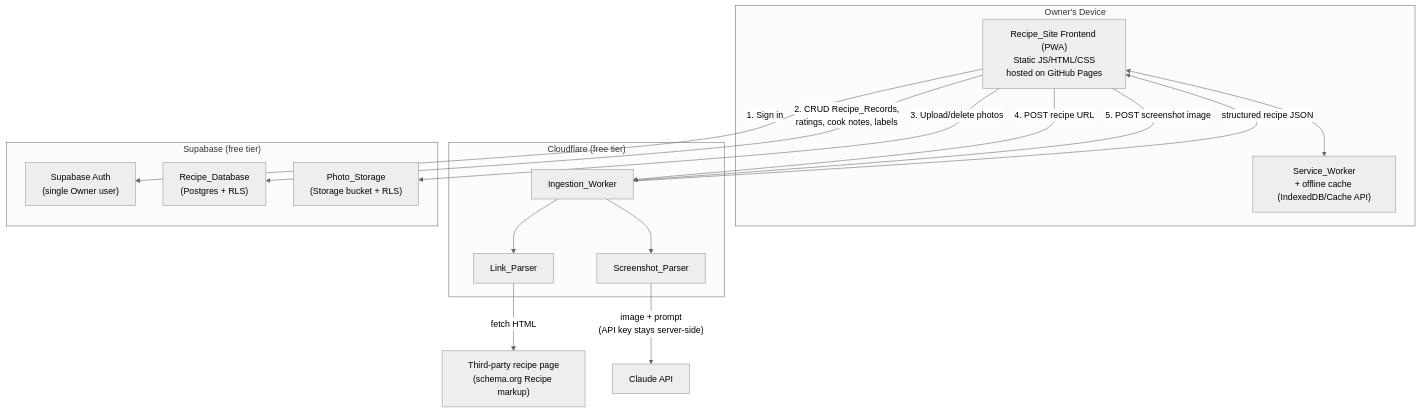
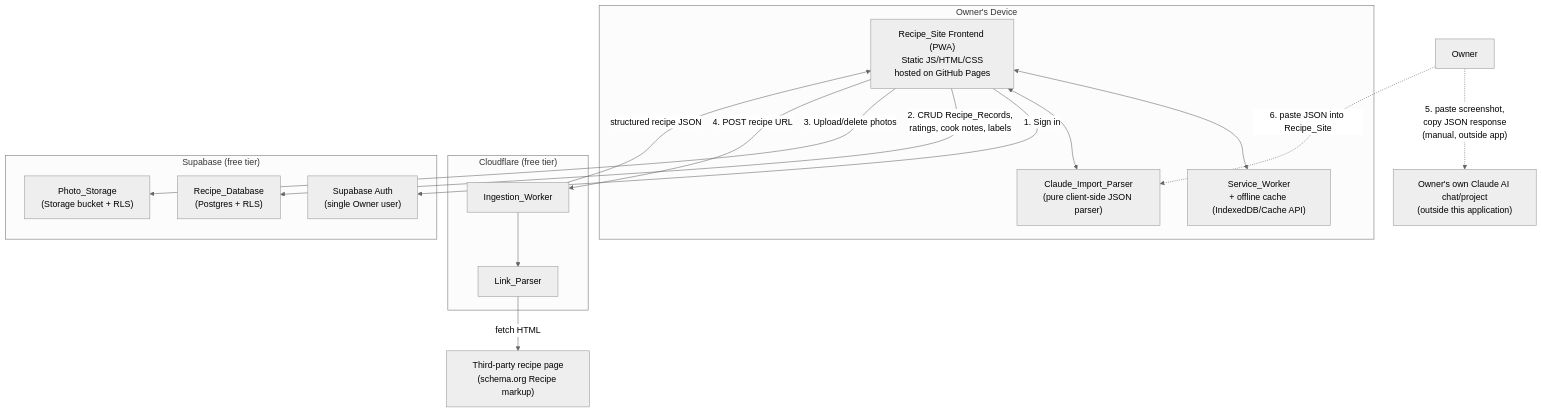
Before and after one commit to FlowOperator/recipes: the first of 2 diagrams in .kiro/specs/personal-recipe-website/design.md, drawn with Mermaid (neutral theme). The commit also changed other lines of this file and 3 other files, not shown here.

Commit message:
Replace paid Claude API screenshot ingestion with free client-side Claude AI paste-import

````diff
--- a/.kiro/specs/personal-recipe-website/design.md
+++ b/.kiro/specs/personal-recipe-website/design.md
@@ -29,34 +31,34 @@
 ```mermaid
 graph TB
     subgraph "Owner's Device"
         Browser["Recipe_Site Frontend (PWA)<br/>Static JS/HTML/CSS<br/>hosted on GitHub Pages"]
         SW["Service_Worker<br/>+ offline cache (IndexedDB/Cache API)"]
+        ClaudeImport["Claude_Import_Parser<br/>(pure client-side JSON parser)"]
         Browser <--> SW
+        Browser <--> ClaudeImport
     end
 
     subgraph "Cloudflare (free tier)"
         Worker["Ingestion_Worker"]
         LinkParser["Link_Parser"]
-        ScreenshotParser["Screenshot_Parser"]
         Worker --> LinkParser
-        Worker --> ScreenshotParser
     end
 
     subgraph "Supabase (free tier)"
         Auth["Supabase Auth<br/>(single Owner user)"]
         DB["Recipe_Database<br/>(Postgres + RLS)"]
         Storage["Photo_Storage<br/>(Storage bucket + RLS)"]
     end
 
     ExternalSite["Third-party recipe page<br/>(schema.org Recipe markup)"]
-    Claude["Claude API"]
+    ClaudeAI["Owner's own Claude AI chat/project<br/>(outside this application)"]
 
     Browser -- "1. Sign in" --> Auth
     Browser -- "2. CRUD Recipe_Records,<br/>ratings, cook notes, labels" --> DB
     Browser -- "3. Upload/delete photos" --> Storage
     Browser -- "4. POST recipe URL" --> Worker
-    Browser -- "5. POST screenshot image" --> Worker
     LinkParser -- "fetch HTML" --> ExternalSite
-    ScreenshotParser -- "image + prompt<br/>(API key stays server-side)" --> Claude
     Worker -- "structured recipe JSON" --> Browser
+    Owner["Owner"] -. "5. paste screenshot,<br/>copy JSON response<br/>(manual, outside app)" .-> ClaudeAI
+    Owner -. "6. paste JSON into Recipe_Site" .-> ClaudeImport
 ```
````
